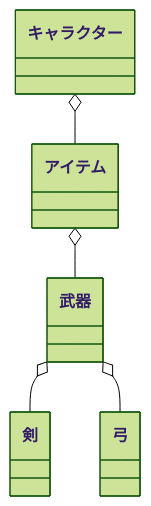
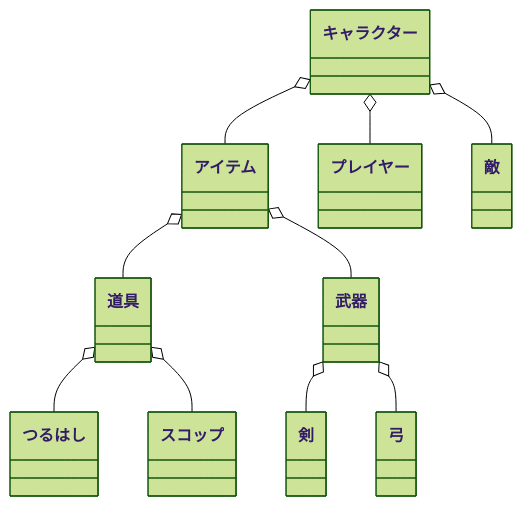
Before and after one commit to tpu-game-2023/mermaid_test: the third of 3 diagrams in README.md, drawn with Mermaid (forest theme).

````diff
--- a/README.md
+++ b/README.md
@@ -61,8 +61,12 @@
 ```mermaid
 classDiagram
     キャラクター o-- アイテム
+    アイテム o-- 道具
     アイテム o-- 武器
     武器 o-- 剣
     武器 o-- 弓
-    
+    道具 o-- つるはし
+    道具 o-- スコップ
+    キャラクター o-- プレイヤー
+    キャラクター　o-- 敵
 ```
````
